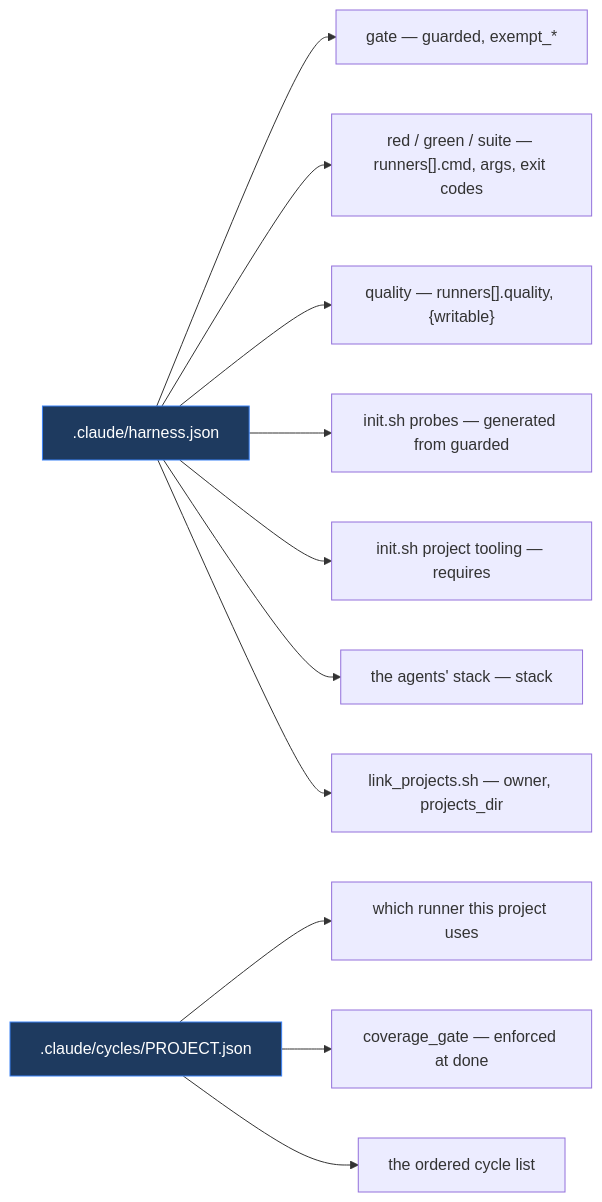
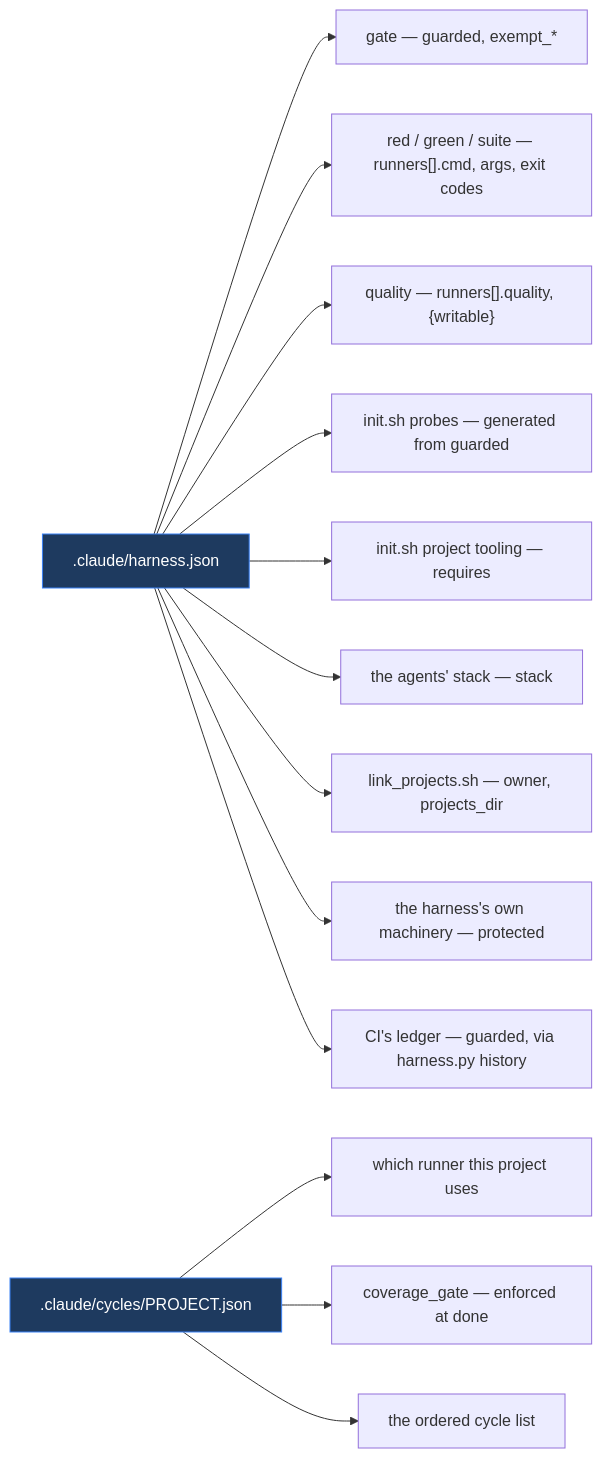
One commit to tonsai987654321/claude-tdd-harness changed the sixth of 7 diagrams in docs/FLOW.md. Above: the diagram before and after it, drawn with Mermaid. The commit also changed other lines of this file, not shown here.

First line of the commit message:
docs: redraw for 0.7.0, and add the diagram that says which checks are only evidence

````diff
--- a/docs/FLOW.md
+++ b/docs/FLOW.md
@@ -220,20 +246,22 @@
 ```mermaid
 flowchart LR
     CFG[".claude/harness.json"]
     CYC[".claude/cycles/PROJECT.json"]
 
     CFG --> G1["gate — guarded, exempt_*"]
     CFG --> G2["red / green / suite — runners[].cmd, args, exit codes"]
     CFG --> G3["quality — runners[].quality, {writable}"]
     CFG --> G4["init.sh probes — generated from guarded"]
     CFG --> G5["init.sh project tooling — requires"]
     CFG --> G6["the agents' stack — stack"]
     CFG --> G7["link_projects.sh — owner, projects_dir"]
+    CFG --> G8["the harness's own machinery — protected"]
+    CFG --> G9["CI's ledger — guarded, via harness.py history"]
 
     CYC --> C1["which runner this project uses"]
     CYC --> C2["coverage_gate — enforced at done"]
     CYC --> C3["the ordered cycle list"]
 
     style CFG fill:#1e3a5f,stroke:#3b82f6,color:#fff
     style CYC fill:#1e3a5f,stroke:#3b82f6,color:#fff
 ```
````
